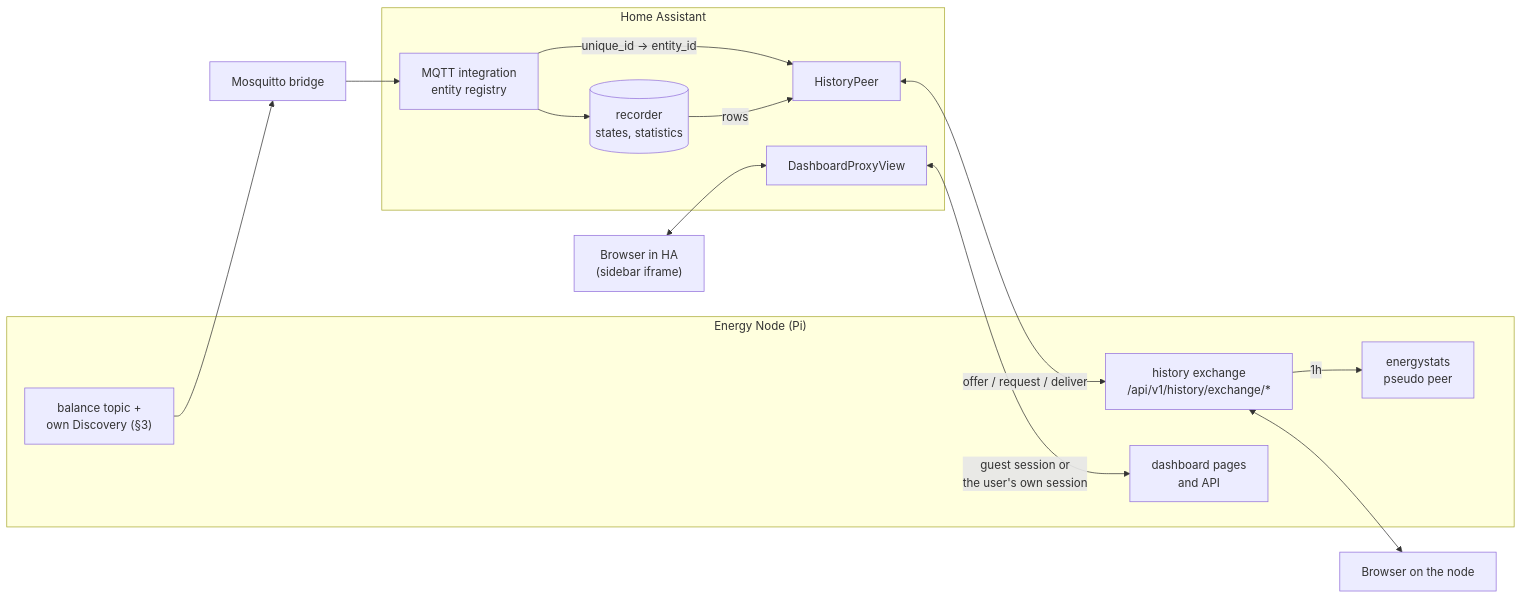
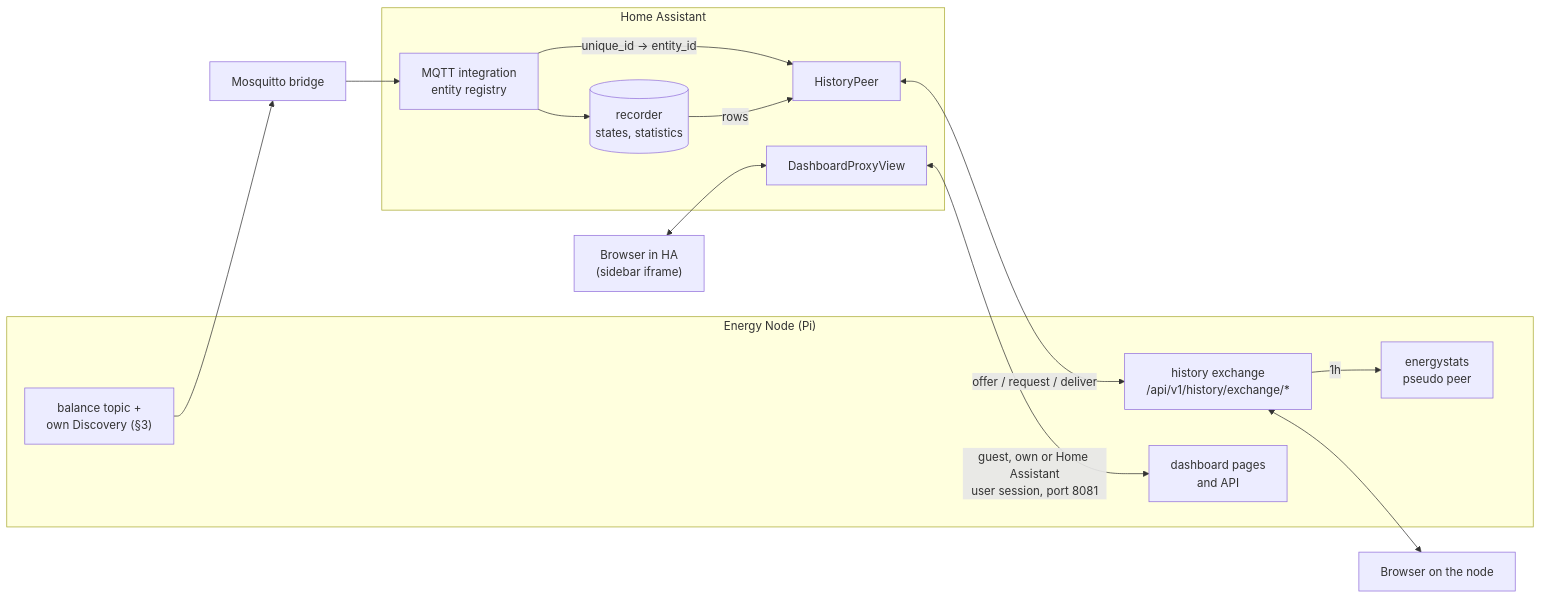
The tenth of 12 diagrams in docs/developing/data-flow.md (Developer-Simon/energy-node), drawn with Mermaid before and after one commit. The commit also changed other lines of this file and 82 other files, not shown here.

First line of the commit message:
feat(auth): sign in home assistant users through the companion (#174)

````diff
--- a/docs/developing/data-flow.md
+++ b/docs/developing/data-flow.md
@@ -632,28 +632,28 @@
 ```mermaid
 flowchart LR
     subgraph Node["Energy Node (Pi)"]
         BAL["balance topic +<br/>own Discovery (§3)"]
         HX["history exchange<br/>/api/v1/history/exchange/*"]
         ESY["energystats<br/>pseudo peer"]
         DASH["dashboard pages<br/>and API"]
     end
 
     subgraph HA["Home Assistant"]
         MQ["MQTT integration<br/>entity registry"]
         RECO[("recorder<br/>states, statistics")]
         PEER["HistoryPeer"]
         PROXY["DashboardProxyView"]
     end
 
     BR["Mosquitto bridge"]
     B1["Browser on the node"]
     B2["Browser in HA<br/>(sidebar iframe)"]
 
     BAL --> BR --> MQ --> RECO
     MQ -->|"unique_id → entity_id"| PEER
     RECO -->|"rows"| PEER
     PEER <-->|"offer / request / deliver"| HX
     HX <--> B1
     HX -->|"1h"| ESY
-    B2 <--> PROXY <-->|"guest session or<br/>the user's own session"| DASH
+    B2 <--> PROXY <-->|"guest, own or Home Assistant<br/>user session, port 8081"| DASH
 ```
````
